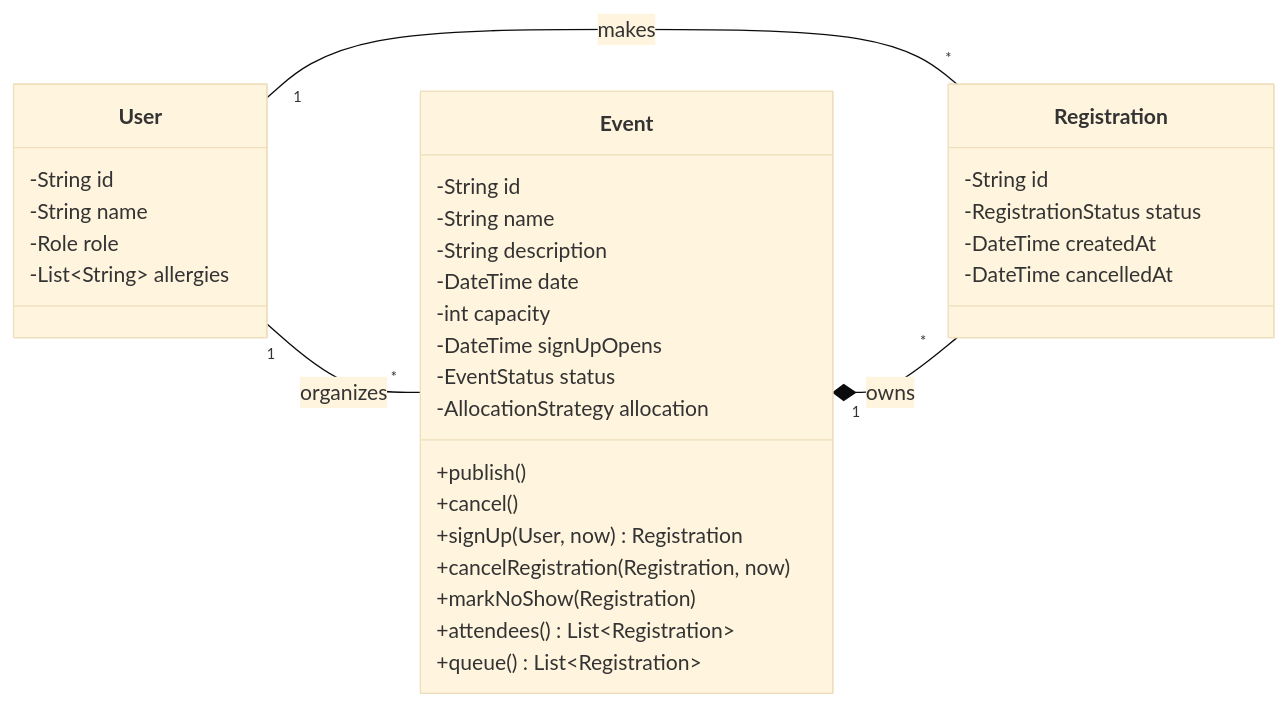
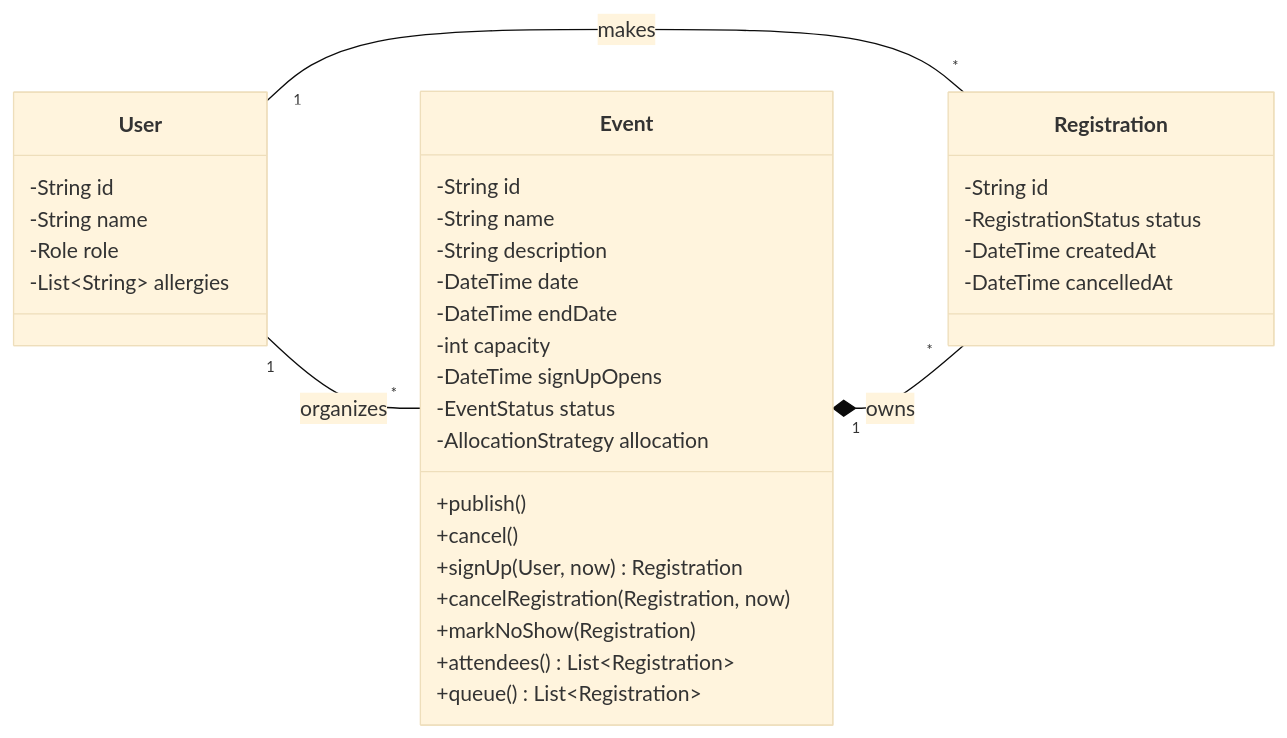
The first of 6 diagrams in ARCHITECTURE.md (youknowedo/oop-project), drawn with Mermaid (base theme) before and after one commit. The commit also changed other lines of this file and 3 other files, not shown here.

````diff
--- a/ARCHITECTURE.md
+++ b/ARCHITECTURE.md
@@ -151,37 +151,38 @@
 ```mermaid
 classDiagram
     direction LR
     class User {
         -String id
         -String name
         -Role role
         -List~String~ allergies
     }
     class Event {
         -String id
         -String name
         -String description
         -DateTime date
+        -DateTime endDate
         -int capacity
         -DateTime signUpOpens
         -EventStatus status
         -AllocationStrategy allocation
         +publish()
         +cancel()
         +signUp(User, now) Registration
         +cancelRegistration(Registration, now)
         +markNoShow(Registration)
         +attendees() List~Registration~
         +queue() List~Registration~
     }
     class Registration {
         -String id
         -RegistrationStatus status
         -DateTime createdAt
         -DateTime cancelledAt
     }
 
     User "1" -- "*" Event : organizes
     User "1" -- "*" Registration : makes
     Event "1" *-- "*" Registration : owns
 ```
````
